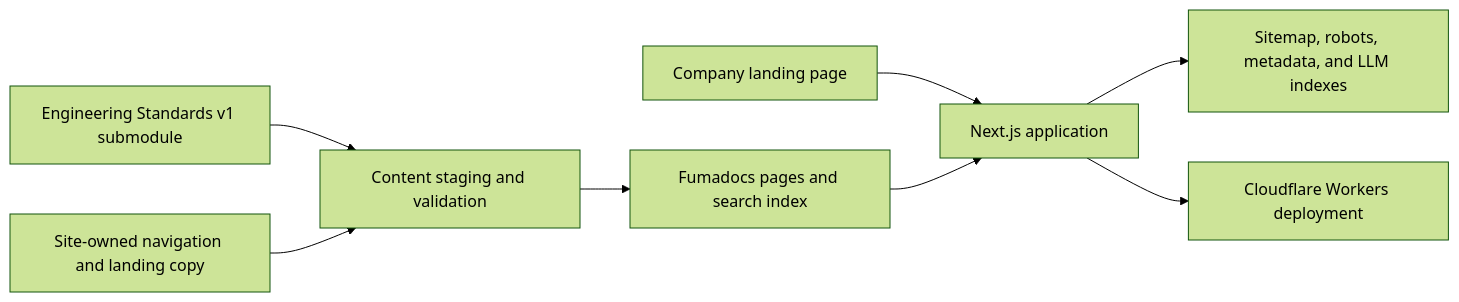
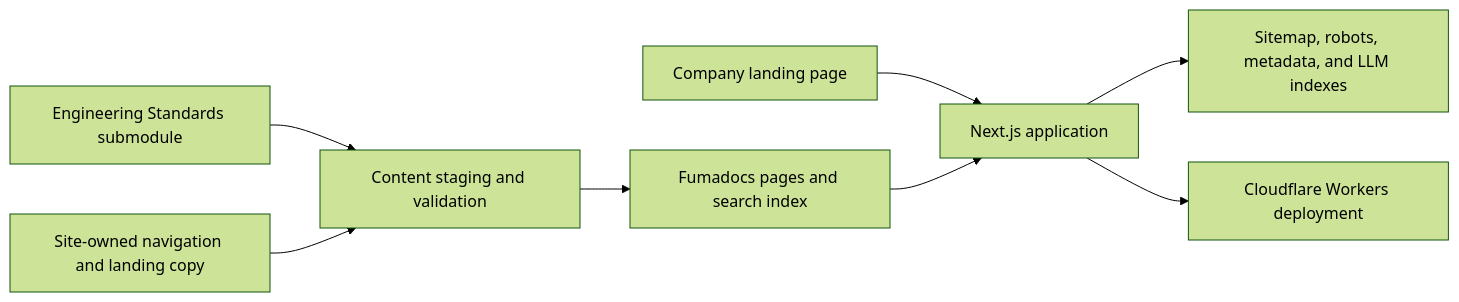
The diagram in README.md (Litenova-Solutions/Litenova.Solutions-Public-Site), drawn with Mermaid (forest theme) before and after one commit. The commit also changed other lines of this file and 84 other files, not shown here.

````diff
--- a/README.md
+++ b/README.md
@@ -48,10 +48,10 @@
 ```mermaid
 flowchart LR
-    Standards[Engineering Standards v1 submodule] --> Stage[Content staging and validation]
+    Standards[Engineering Standards submodule] --> Stage[Content staging and validation]
     Overrides[Site-owned navigation and landing copy] --> Stage
     Stage --> Docs[Fumadocs pages and search index]
     Landing[Company landing page] --> App[Next.js application]
     Docs --> App
     App --> Discovery[Sitemap, robots, metadata, and LLM indexes]
     App --> Workers[Cloudflare Workers deployment]
 ```
````
